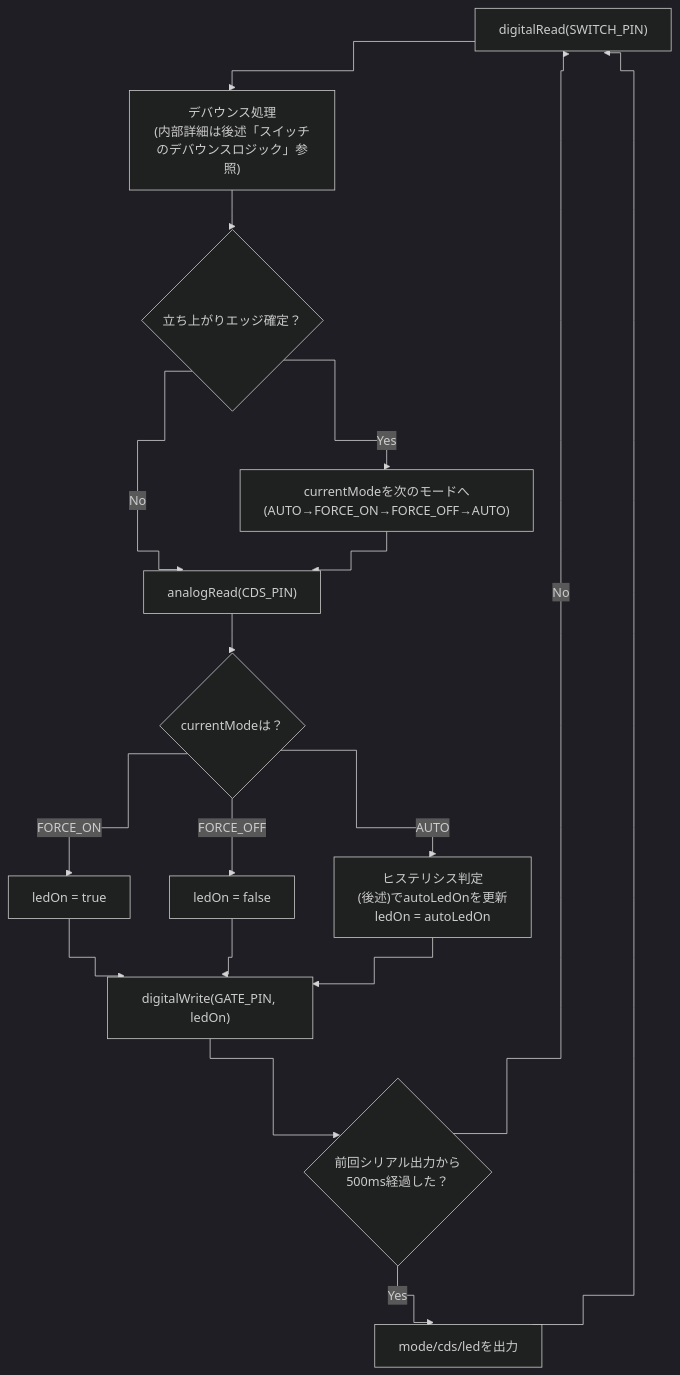
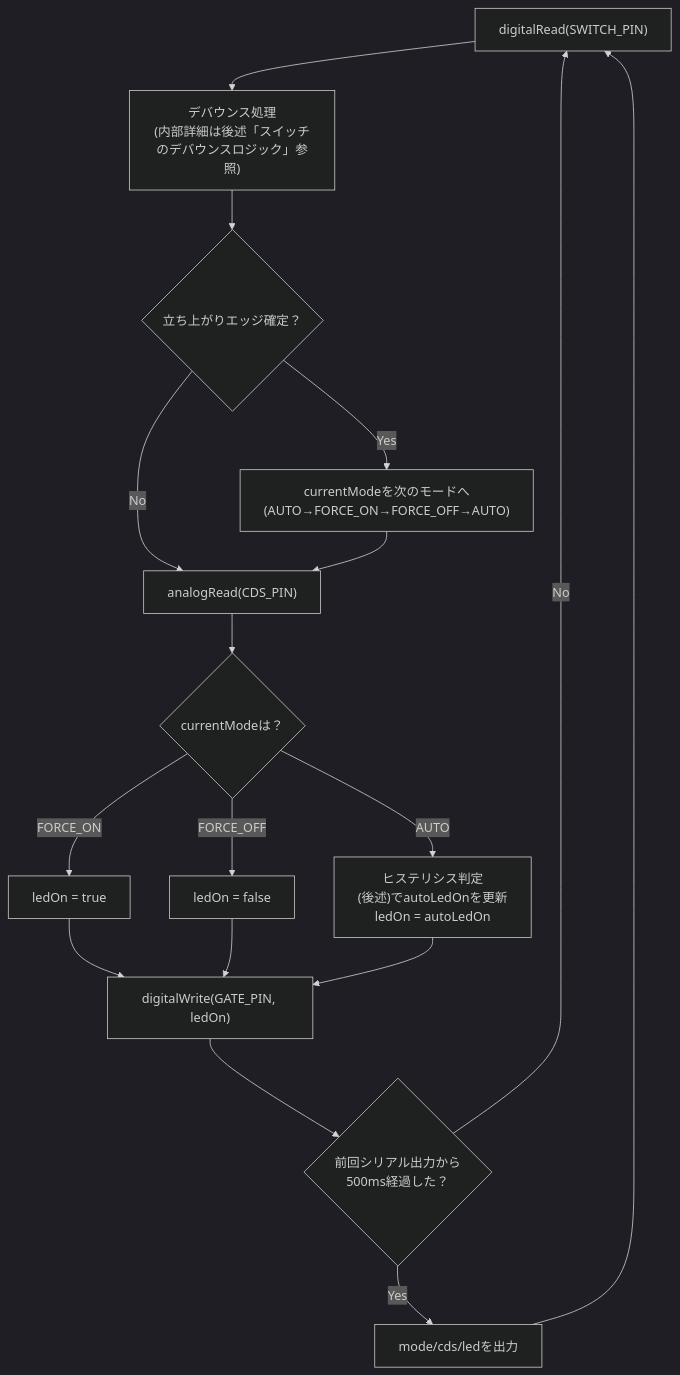
The second of 4 diagrams in programs/03_night_light/README.md (SanghunIm1991/ClaudeArduino), drawn with Mermaid (dark theme) before and after one commit. The commit also changed other lines of this file and 1 other file, not shown here.

````diff
--- a/programs/03_night_light/README.md
+++ b/programs/03_night_light/README.md
@@ -166,20 +172,19 @@
 ```mermaid
-%%{init: {'flowchart': {'curve': 'step'}}}%%
 flowchart TD
     A["digitalRead(SWITCH_PIN)"] --> B["デバウンス処理<br>(内部詳細は後述「スイッチのデバウンスロジック」参照)"]
     B --> C{"立ち上がりエッジ確定？"}
     C -- Yes --> D["currentModeを次のモードへ<br>(AUTO→FORCE_ON→FORCE_OFF→AUTO)"]
     C -- No --> E
     D --> E["analogRead(CDS_PIN)"]
     E --> F{"currentModeは？"}
     F -- FORCE_ON --> G1["ledOn = true"]
     F -- FORCE_OFF --> G2["ledOn = false"]
     F -- AUTO --> G3["ヒステリシス判定<br>(後述)でautoLedOnを更新<br>ledOn = autoLedOn"]
     G1 --> H["digitalWrite(GATE_PIN, ledOn)"]
     G2 --> H
     G3 --> H
     H --> I{"前回シリアル出力から<br>500ms経過した？"}
     I -- Yes --> J["mode/cds/ledを出力"]
     I -- No --> A
     J --> A
 ```
````
